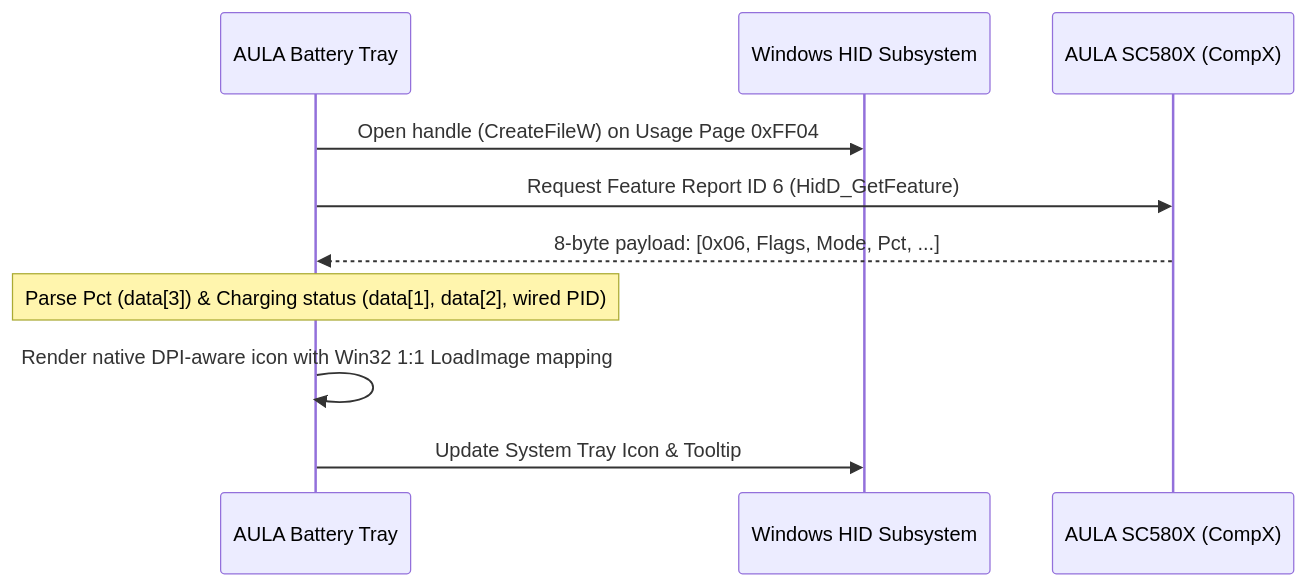
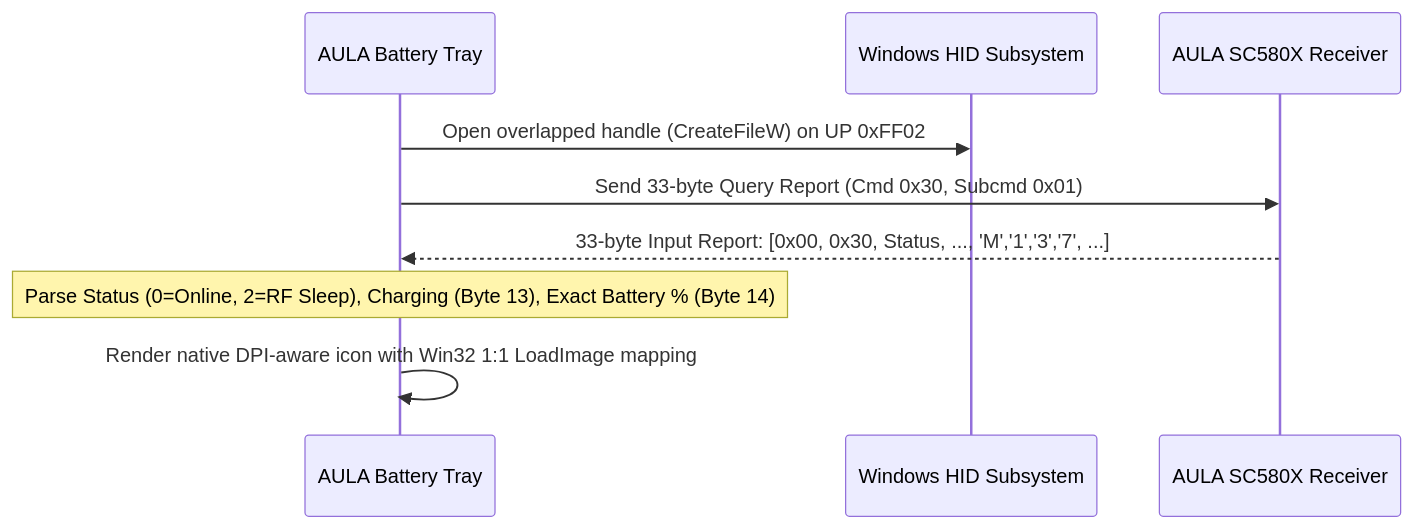
Before and after one commit to millathossain115/AULA-SC580X-Battery-Indicator-win-taskbar: the diagram in README.md, drawn with Mermaid. The commit also changed other lines of this file and 2 other files, not shown here.

Commit message:
Fix battery percentage sync: implement OEM 33-byte HID protocol with 1% granularity and sleep state retention

````diff
--- a/README.md
+++ b/README.md
@@ -90,13 +93,12 @@
 ```mermaid
 sequenceDiagram
     participant App as AULA Battery Tray
     participant Win32 as Windows HID Subsystem
-    participant Mouse as AULA SC580X (CompX)
+    participant Mouse as AULA SC580X Receiver
 
-    App->>Win32: Open handle (CreateFileW) on Usage Page 0xFF04
-    App->>Mouse: Request Feature Report ID 6 (HidD_GetFeature)
-    Mouse-->>App: 8-byte payload: [0x06, Flags, Mode, Pct, ...]
-    Note over App: Parse Pct (data[3]) & Charging status (data[1], data[2], wired PID)
+    App->>Win32: Open overlapped handle (CreateFileW) on UP 0xFF02
+    App->>Mouse: Send 33-byte Query Report (Cmd 0x30, Subcmd 0x01)
+    Mouse-->>App: 33-byte Input Report: [0x00, 0x30, Status, ..., 'M','1','3','7', ...]
+    Note over App: Parse Status (0=Online, 2=RF Sleep), Charging (Byte 13), Exact Battery % (Byte 14)
     App->>App: Render native DPI-aware icon with Win32 1:1 LoadImage mapping
-    App->>Win32: Update System Tray Icon & Tooltip
 ```
````
